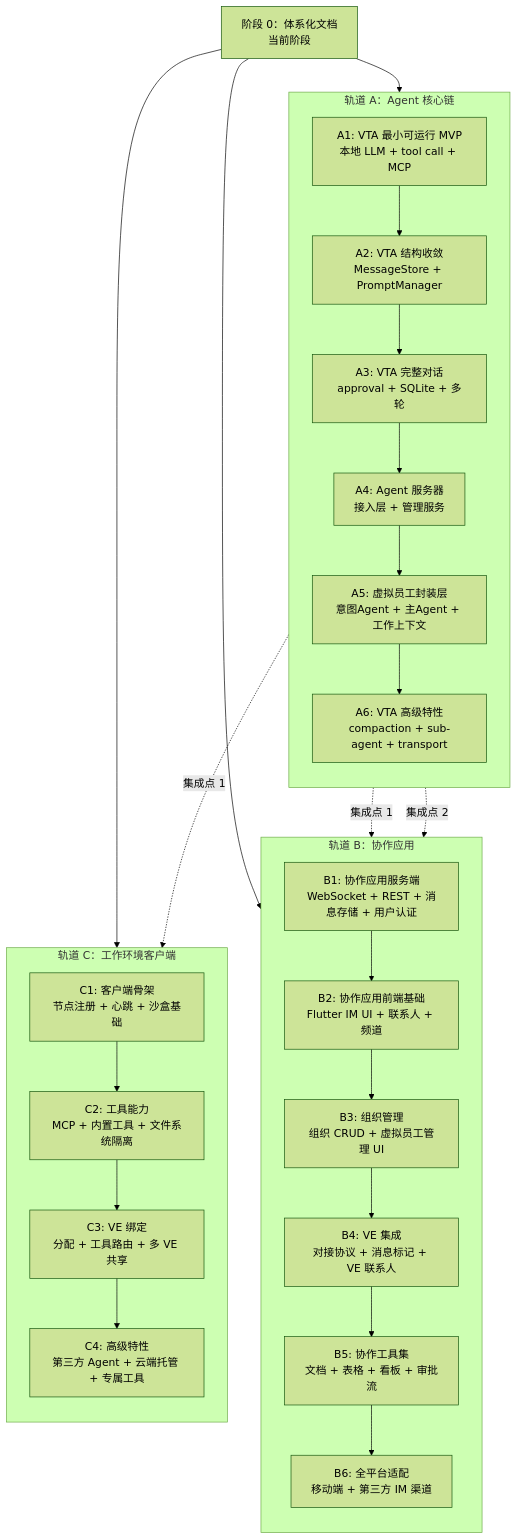
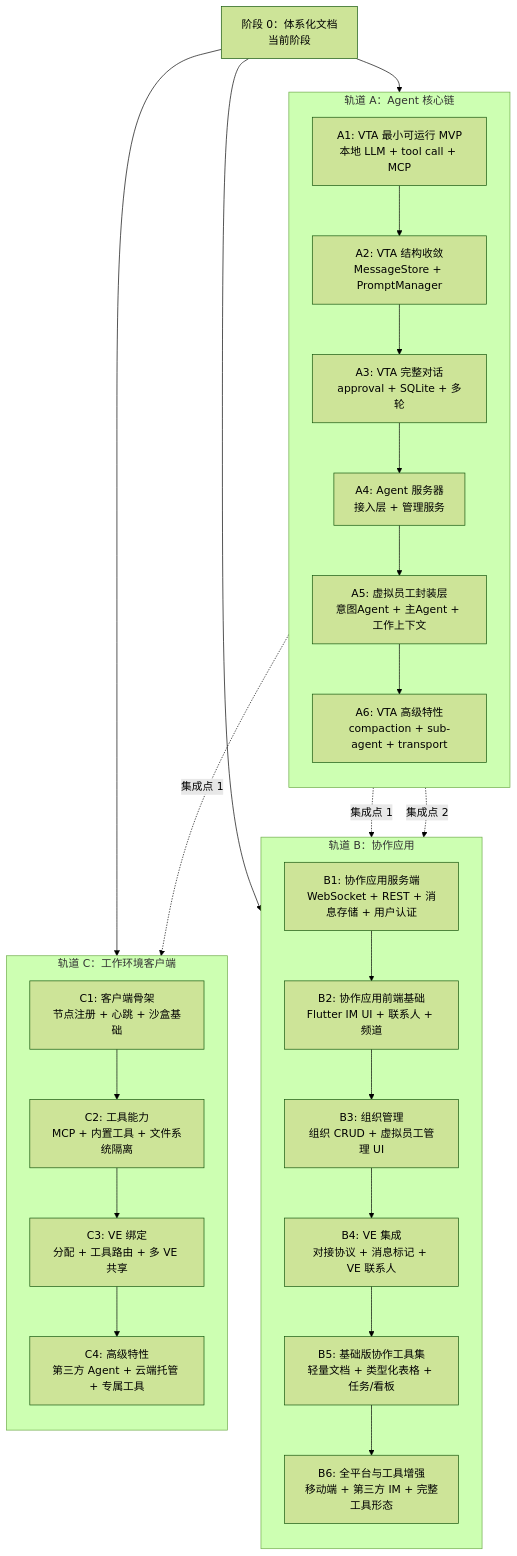
One commit to chongyi/virtual-team-architecture changed the diagram in virtual-team/src/14-roadmap.md. Above: the diagram before and after it, drawn with Mermaid (forest theme). The commit also changed other lines of this file and 8 other files, not shown here.

````diff
--- a/virtual-team/src/14-roadmap.md
+++ b/virtual-team/src/14-roadmap.md
@@ -33,38 +33,38 @@
 ```mermaid
 flowchart TB
     phase0["阶段 0：体系化文档<br/>当前阶段"]
 
     phase0 --> trackA
     phase0 --> trackB
     phase0 --> trackC
 
     subgraph trackA["轨道 A：Agent 核心链"]
         direction TB
         a1["A1: VTA 最小可运行 MVP<br/>本地 LLM + tool call + MCP"] --> a2["A2: VTA 结构收敛<br/>MessageStore + PromptManager"]
         a2 --> a3["A3: VTA 完整对话<br/>approval + SQLite + 多轮"]
         a3 --> a4["A4: Agent 服务器<br/>接入层 + 管理服务"]
         a4 --> a5["A5: 虚拟员工封装层<br/>意图Agent + 主Agent + 工作上下文"]
         a5 --> a6["A6: VTA 高级特性<br/>compaction + sub-agent + transport"]
     end
 
     subgraph trackB["轨道 B：协作应用"]
         direction TB
         b1["B1: 协作应用服务端<br/>WebSocket + REST + 消息存储 + 用户认证"] --> b2["B2: 协作应用前端基础<br/>Flutter IM UI + 联系人 + 频道"]
         b2 --> b3["B3: 组织管理<br/>组织 CRUD + 虚拟员工管理 UI"]
         b3 --> b4["B4: VE 集成<br/>对接协议 + 消息标记 + VE 联系人"]
-        b4 --> b5["B5: 协作工具集<br/>文档 + 表格 + 看板 + 审批流"]
-        b5 --> b6["B6: 全平台适配<br/>移动端 + 第三方 IM 渠道"]
+        b4 --> b5["B5: 基础版协作工具集<br/>轻量文档 + 类型化表格 + 任务/看板"]
+        b5 --> b6["B6: 全平台与工具增强<br/>移动端 + 第三方 IM + 完整工具形态"]
     end
 
     subgraph trackC["轨道 C：工作环境客户端"]
         direction TB
         c1["C1: 客户端骨架<br/>节点注册 + 心跳 + 沙盒基础"] --> c2["C2: 工具能力<br/>MCP + 内置工具 + 文件系统隔离"]
         c2 --> c3["C3: VE 绑定<br/>分配 + 工具路由 + 多 VE 共享"]
         c3 --> c4["C4: 高级特性<br/>第三方 Agent + 云端托管 + 专属工具"]
     end
 
     %% Integration points
     a4 -.->|"集成点 1"| b4
     a4 -.->|"集成点 1"| c3
     a5 -.->|"集成点 2"| b5
 ```
````
